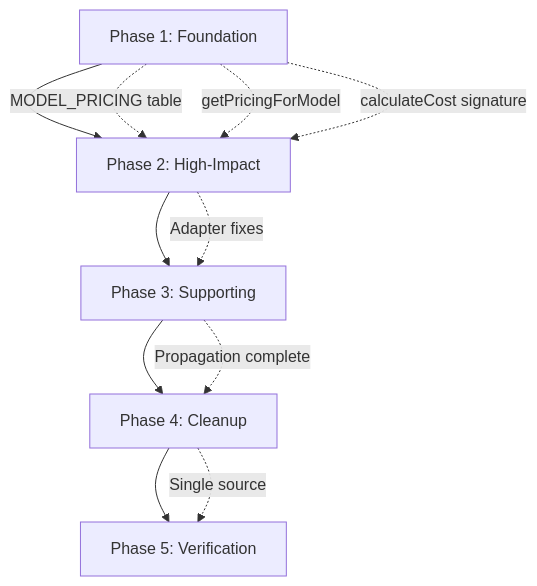
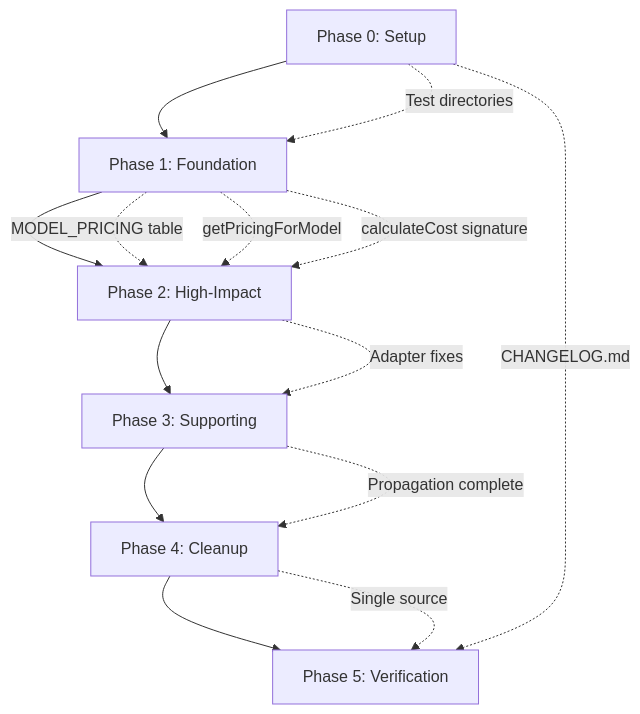
Before and after one commit to eai-tools/eai-gofer: the diagram in .specify/specs/025-ai-usage-tracking/bug-fix-tasks.md, drawn with Mermaid. The commit also changed other lines of this file and 5 other files, not shown here.

First line of the commit message:
feat(025): Phase 0 complete - create test infrastructure

````diff
--- a/.specify/specs/025-ai-usage-tracking/bug-fix-tasks.md
+++ b/.specify/specs/025-ai-usage-tracking/bug-fix-tasks.md
@@ -46,14 +48,17 @@
 ```mermaid
 graph TD
-    P1[Phase 1: Foundation] --> P2[Phase 2: High-Impact]
+    P0[Phase 0: Setup] --> P1[Phase 1: Foundation]
+    P1 --> P2[Phase 2: High-Impact]
     P2 --> P3[Phase 3: Supporting]
     P3 --> P4[Phase 4: Cleanup]
     P4 --> P5[Phase 5: Verification]
 
+    P0 -.->|Test directories| P1
+    P0 -.->|CHANGELOG.md| P5
     P1 -.->|MODEL_PRICING table| P2
     P1 -.->|getPricingForModel| P2
     P1 -.->|calculateCost signature| P2
     P2 -.->|Adapter fixes| P3
     P3 -.->|Propagation complete| P4
     P4 -.->|Single source| P5
 ```
````
